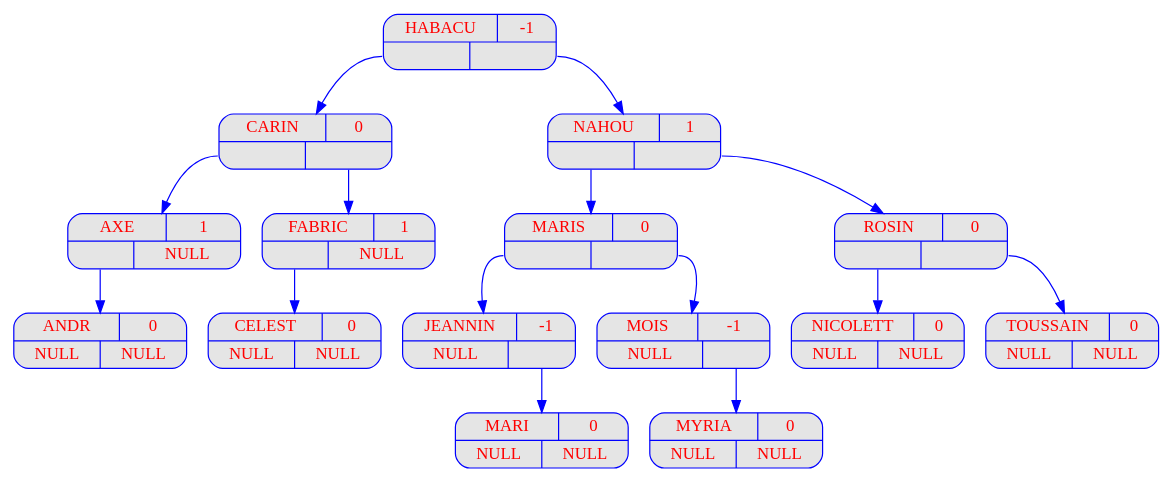
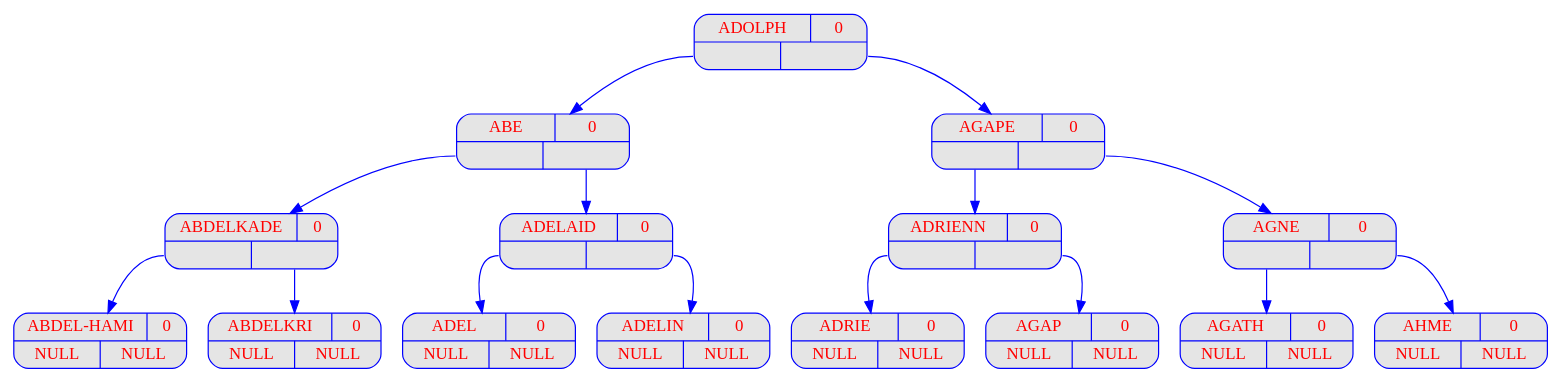
One commit to danilorodrigues128/FilRougeAAP changed the diagram in ex1/img/dot/prenoms_v14.dot. Above: the diagram before and after it, drawn with Graphviz. The commit also changed 47 other files, not shown here.

```diff
--- a/ex1/img/dot/prenoms_v14.dot
+++ b/ex1/img/dot/prenoms_v14.dot
@@ -1,56 +1,54 @@
 digraph prenoms {
 	node [
 		fontname  = "Arial bold" 
 		fontsize  = "14"
 		fontcolor = "red"
 		style     = "rounded, filled"
 		shape     = "record"
 		fillcolor = "grey90"
 		color     = "blue"
 		width     = "2"
 	]
 
 	edge [
 		color     = "blue"
 	]
 
-	HABACU [label = "{{<c> HABACU | <b> -1} | { <g> | <d>}}"];
-	HABACU:g -> CARIN;
-	CARIN [label = "{{<c> CARIN | <b> 0} | { <g> | <d>}}"];
-	CARIN:g -> AXE;
-	AXE [label = "{{<c> AXE | <b> 1} | { <g> | <d>}}"];
-	AXE [label = "{{<c> AXE | <b> 1} | { <g> | <d> NULL}}"];
-	AXE:g -> ANDR;
-	ANDR [label = "{{<c> ANDR | <b> 0} | { <g> | <d>}}"];
-	ANDR [label = "{{<c> ANDR | <b> 0} | { <g> NULL | <d> NULL}}"];
-	CARIN:d -> FABRIC;
-	FABRIC [label = "{{<c> FABRIC | <b> 1} | { <g> | <d>}}"];
-	FABRIC [label = "{{<c> FABRIC | <b> 1} | { <g> | <d> NULL}}"];
-	FABRIC:g -> CELEST;
-	CELEST [label = "{{<c> CELEST | <b> 0} | { <g> | <d>}}"];
-	CELEST [label = "{{<c> CELEST | <b> 0} | { <g> NULL | <d> NULL}}"];
-	HABACU:d -> NAHOU;
-	NAHOU [label = "{{<c> NAHOU | <b> 1} | { <g> | <d>}}"];
-	NAHOU:g -> MARIS;
-	MARIS [label = "{{<c> MARIS | <b> 0} | { <g> | <d>}}"];
-	MARIS:g -> JEANNIN;
-	JEANNIN [label = "{{<c> JEANNIN | <b> -1} | { <g> | <d>}}"];
-	JEANNIN [label = "{{<c> JEANNIN | <b> -1} | { <g> NULL | <d> }}"];
-	JEANNIN:d -> MARI;
-	MARI [label = "{{<c> MARI | <b> 0} | { <g> | <d>}}"];
-	MARI [label = "{{<c> MARI | <b> 0} | { <g> NULL | <d> NULL}}"];
-	MARIS:d -> MOIS;
-	MOIS [label = "{{<c> MOIS | <b> -1} | { <g> | <d>}}"];
-	MOIS [label = "{{<c> MOIS | <b> -1} | { <g> NULL | <d> }}"];
-	MOIS:d -> MYRIA;
-	MYRIA [label = "{{<c> MYRIA | <b> 0} | { <g> | <d>}}"];
-	MYRIA [label = "{{<c> MYRIA | <b> 0} | { <g> NULL | <d> NULL}}"];
-	NAHOU:d -> ROSIN;
-	ROSIN [label = "{{<c> ROSIN | <b> 0} | { <g> | <d>}}"];
-	ROSIN:g -> NICOLETT;
-	NICOLETT [label = "{{<c> NICOLETT | <b> 0} | { <g> | <d>}}"];
-	NICOLETT [label = "{{<c> NICOLETT | <b> 0} | { <g> NULL | <d> NULL}}"];
-	ROSIN:d -> TOUSSAIN;
-	TOUSSAIN [label = "{{<c> TOUSSAIN | <b> 0} | { <g> | <d>}}"];
-	TOUSSAIN [label = "{{<c> TOUSSAIN | <b> 0} | { <g> NULL | <d> NULL}}"];
+	"ADOLPH" [label = "{{<c> ADOLPH | <b> 0} | { <g> | <d>}}"];
+	"ADOLPH":g -> "ABE";
+	"ABE" [label = "{{<c> ABE | <b> 0} | { <g> | <d>}}"];
+	"ABE":g -> "ABDELKADE";
+	"ABDELKADE" [label = "{{<c> ABDELKADE | <b> 0} | { <g> | <d>}}"];
+	"ABDELKADE":g -> "ABDEL-HAMI";
+	"ABDEL-HAMI" [label = "{{<c> ABDEL-HAMI | <b> 0} | { <g> | <d>}}"];
+	"ABDEL-HAMI" [label = "{{<c> ABDEL-HAMI | <b> 0} | { <g> NULL | <d> NULL}}"];
+	"ABDELKADE":d -> "ABDELKRI";
+	"ABDELKRI" [label = "{{<c> ABDELKRI | <b> 0} | { <g> | <d>}}"];
+	"ABDELKRI" [label = "{{<c> ABDELKRI | <b> 0} | { <g> NULL | <d> NULL}}"];
+	"ABE":d -> "ADELAID";
+	"ADELAID" [label = "{{<c> ADELAID | <b> 0} | { <g> | <d>}}"];
+	"ADELAID":g -> "ADEL";
+	"ADEL" [label = "{{<c> ADEL | <b> 0} | { <g> | <d>}}"];
+	"ADEL" [label = "{{<c> ADEL | <b> 0} | { <g> NULL | <d> NULL}}"];
+	"ADELAID":d -> "ADELIN";
+	"ADELIN" [label = "{{<c> ADELIN | <b> 0} | { <g> | <d>}}"];
+	"ADELIN" [label = "{{<c> ADELIN | <b> 0} | { <g> NULL | <d> NULL}}"];
+	"ADOLPH":d -> "AGAPE";
+	"AGAPE" [label = "{{<c> AGAPE | <b> 0} | { <g> | <d>}}"];
+	"AGAPE":g -> "ADRIENN";
+	"ADRIENN" [label = "{{<c> ADRIENN | <b> 0} | { <g> | <d>}}"];
+	"ADRIENN":g -> "ADRIE";
+	"ADRIE" [label = "{{<c> ADRIE | <b> 0} | { <g> | <d>}}"];
+	"ADRIE" [label = "{{<c> ADRIE | <b> 0} | { <g> NULL | <d> NULL}}"];
+	"ADRIENN":d -> "AGAP";
+	"AGAP" [label = "{{<c> AGAP | <b> 0} | { <g> | <d>}}"];
+	"AGAP" [label = "{{<c> AGAP | <b> 0} | { <g> NULL | <d> NULL}}"];
+	"AGAPE":d -> "AGNE";
+	"AGNE" [label = "{{<c> AGNE | <b> 0} | { <g> | <d>}}"];
+	"AGNE":g -> "AGATH";
+	"AGATH" [label = "{{<c> AGATH | <b> 0} | { <g> | <d>}}"];
+	"AGATH" [label = "{{<c> AGATH | <b> 0} | { <g> NULL | <d> NULL}}"];
+	"AGNE":d -> "AHME";
+	"AHME" [label = "{{<c> AHME | <b> 0} | { <g> | <d>}}"];
+	"AHME" [label = "{{<c> AHME | <b> 0} | { <g> NULL | <d> NULL}}"];
 }
```
